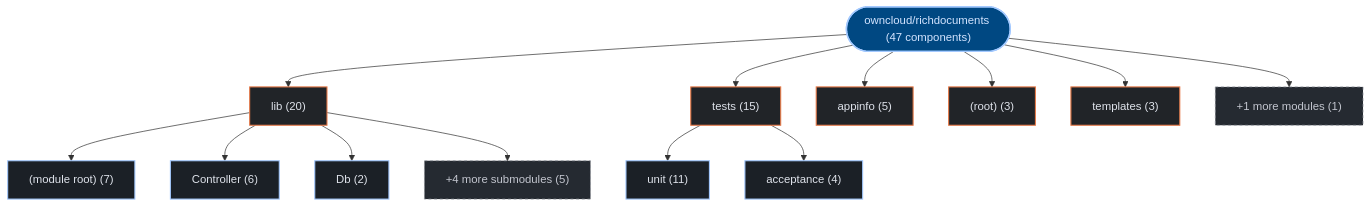
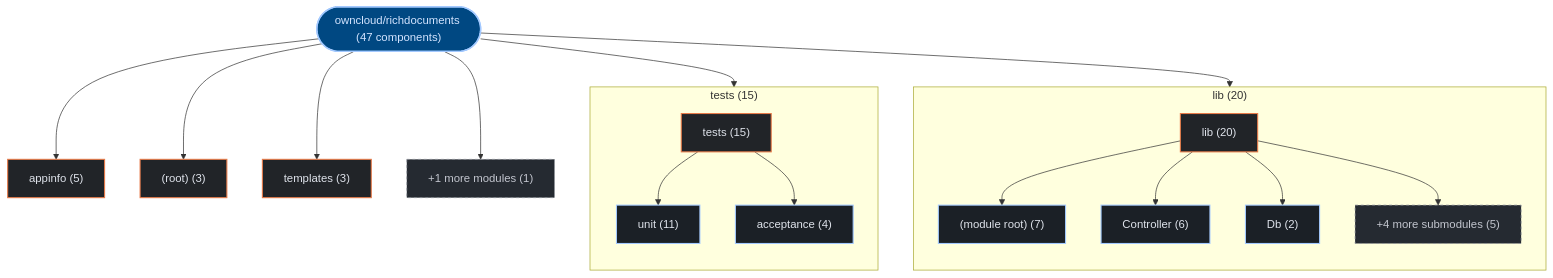
Before and after one commit to kumarshaz/atruss-code-atlas: the first of 2 diagrams in exports/latest/reports/owncloud-richdocuments-report.md, drawn with Mermaid. The commit also changed 178 other files, not shown here.

Commit message:
feat(ui,mermaid): upgrade to mermaid v12 + ELK layout, add orgs-summary + pagination, subgraph building blocks, fix tab alignment

````diff
--- a/exports/latest/reports/owncloud-richdocuments-report.md
+++ b/exports/latest/reports/owncloud-richdocuments-report.md
@@ -42,35 +42,41 @@
 ```mermaid
 graph TD;
   classDef atlasRoot fill:#004882,stroke:#a3c9ff,stroke-width:2px,color:#d3e4ff
   classDef atlasCategory fill:#212428,stroke:#E87A48,stroke-width:1.5px,color:#dfe3eb
   classDef atlasWorkflow fill:#1b2026,stroke:#a3c9ff,stroke-width:1.5px,color:#dfe3eb
   classDef atlasJob fill:#171c22,stroke:#8d9199,stroke-width:1px,color:#dfe3eb
   classDef atlasTarget fill:#005227,stroke:#8bd99b,stroke-width:1.5px,color:#a7f6b6
   classDef atlasAlert fill:#93000a,stroke:#ffb4ab,stroke-width:1.5px,color:#ffdad6
   classDef atlasMore fill:#252a31,stroke:#8d9199,stroke-dasharray:4 4,color:#c3c6cf
     repo_root(["owncloud/richdocuments (47 components)"]):::atlasRoot
-    dir_0_lib["lib (20)"]:::atlasCategory
+    subgraph sg_dir_0_lib["lib (20)"]
+      direction TB
+      dir_0_lib["lib (20)"]:::atlasCategory
+      sub_0_0__module_root_["(module root) (7)"]:::atlasWorkflow
+      dir_0_lib --> sub_0_0__module_root_
+      sub_0_1_Controller["Controller (6)"]:::atlasWorkflow
+      dir_0_lib --> sub_0_1_Controller
+      sub_0_2_Db["Db (2)"]:::atlasWorkflow
+      dir_0_lib --> sub_0_2_Db
+      sub_0_more["+4 more submodules (5)"]:::atlasMore
+      dir_0_lib --> sub_0_more
+    end
     repo_root --> dir_0_lib
-    sub_0_0__module_root_["(module root) (7)"]:::atlasWorkflow
-    dir_0_lib --> sub_0_0__module_root_
-    sub_0_1_Controller["Controller (6)"]:::atlasWorkflow
-    dir_0_lib --> sub_0_1_Controller
-    sub_0_2_Db["Db (2)"]:::atlasWorkflow
-    dir_0_lib --> sub_0_2_Db
-    sub_0_more["+4 more submodules (5)"]:::atlasMore
-    dir_0_lib --> sub_0_more
-    dir_1_tests["tests (15)"]:::atlasCategory
+    subgraph sg_dir_1_tests["tests (15)"]
+      direction TB
+      dir_1_tests["tests (15)"]:::atlasCategory
+      sub_1_0_unit["unit (11)"]:::atlasWorkflow
+      dir_1_tests --> sub_1_0_unit
+      sub_1_1_acceptance["acceptance (4)"]:::atlasWorkflow
+      dir_1_tests --> sub_1_1_acceptance
+    end
     repo_root --> dir_1_tests
-    sub_1_0_unit["unit (11)"]:::atlasWorkflow
-    dir_1_tests --> sub_1_0_unit
-    sub_1_1_acceptance["acceptance (4)"]:::atlasWorkflow
-    dir_1_tests --> sub_1_1_acceptance
     dir_2_appinfo["appinfo (5)"]:::atlasCategory
     repo_root --> dir_2_appinfo
     dir_3__root_["(root) (3)"]:::atlasCategory
     repo_root --> dir_3__root_
     dir_4_templates["templates (3)"]:::atlasCategory
     repo_root --> dir_4_templates
     dir_other_modules["+1 more modules (1)"]:::atlasMore
     repo_root --> dir_other_modules
 ```
````
